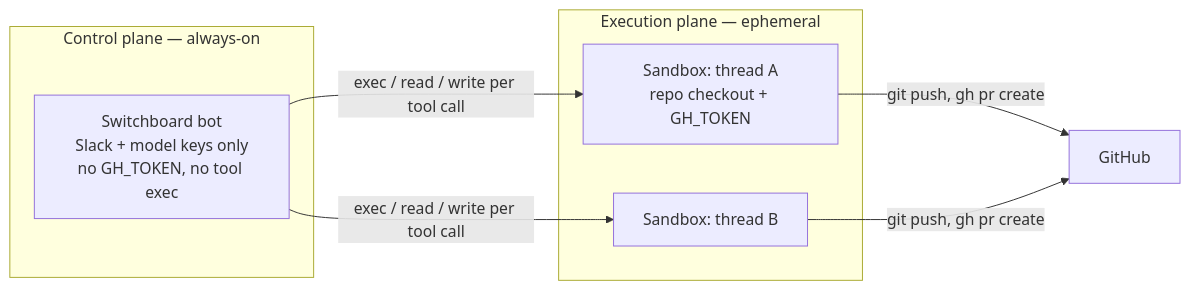
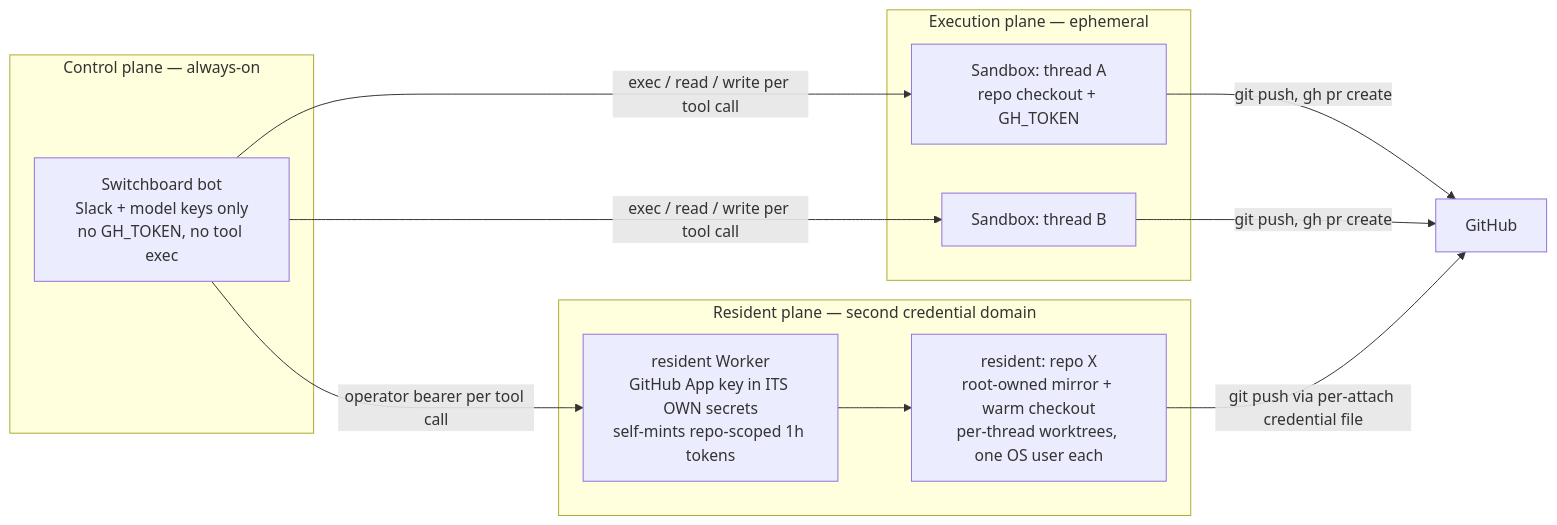
The third of 4 diagrams in README.md (coreplanelabs/switchboard), drawn with Mermaid before and after one commit. The commit also changed other lines of this file and 15 other files, not shown here.

````diff
--- a/README.md
+++ b/README.md
@@ -97,12 +109,18 @@
 ```mermaid
 flowchart LR
     subgraph cp ["Control plane — always-on"]
         BOT["Switchboard bot<br/>Slack + model keys only<br/>no GH_TOKEN, no tool exec"]
     end
     subgraph ep ["Execution plane — ephemeral"]
         S1["Sandbox: thread A<br/>repo checkout + GH_TOKEN"]
         S2["Sandbox: thread B"]
     end
+    subgraph rp ["Resident plane — second credential domain"]
+        RW["resident Worker<br/>GitHub App key in ITS OWN secrets<br/>self-mints repo-scoped 1h tokens"]
+        RD["resident: repo X<br/>root-owned mirror + warm checkout<br/>per-thread worktrees, one OS user each"]
+    end
     BOT -->|exec / read / write per tool call| S1 & S2
+    BOT -->|operator bearer per tool call| RW --> RD
     S1 & S2 -->|git push, gh pr create| GH["GitHub"]
+    RD -->|git push via per-attach credential file| GH
 ```
````
